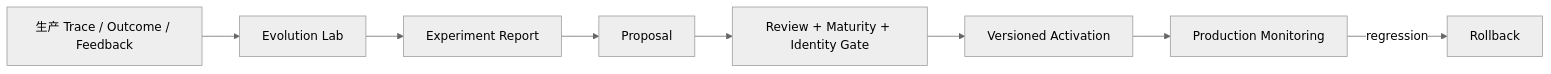
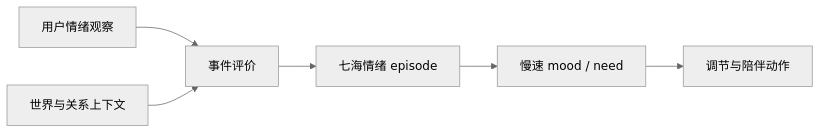
Before and after one commit to SakuraYoruno/Natsume_Ai: the diagram in docs/15_theory/Theory.md, drawn with Mermaid (neutral theme). The commit also changed other lines of this file and 326 other files, not shown here.

````diff
--- a/docs/15_theory/Theory.md
+++ b/docs/15_theory/Theory.md
@@ -1131,10 +16,8 @@
 ```mermaid
 flowchart LR
-    P["生产 Trace / Outcome / Feedback"] --> L["Evolution Lab"]
-    L --> E["Experiment Report"]
-    E --> Q["Proposal"]
-    Q --> R["Review + Maturity + Identity Gate"]
-    R --> A["Versioned Activation"]
-    A --> M["Production Monitoring"]
-    M -->|regression| B["Rollback"]
+    O["用户情绪观察"] --> A["事件评价"]
+    W["世界与关系上下文"] --> A
+    A --> E["七海情绪 episode"]
+    E --> M["慢速 mood / need"]
+    M --> R["调节与陪伴动作"]
 ```
````
